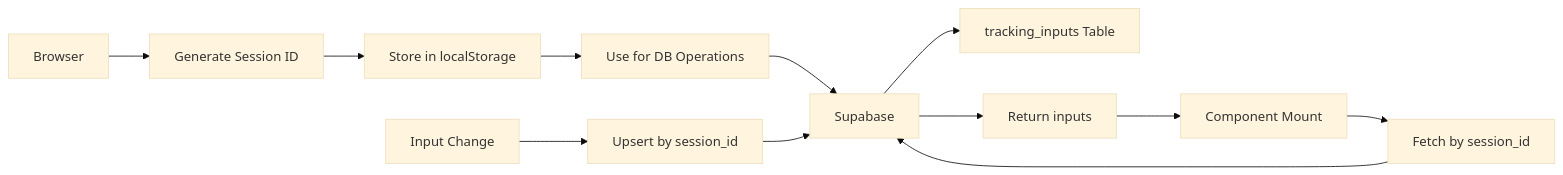
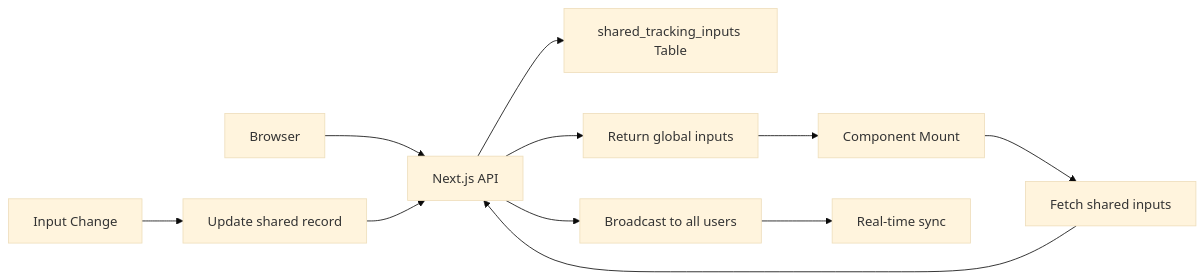
The second of 2 diagrams in docs/DATABASE.md (Garcat/my-tracker), drawn with Mermaid (base theme) before and after one commit. The commit also changed other lines of this file and 10 other files, not shown here.

````diff
--- a/docs/DATABASE.md
+++ b/docs/DATABASE.md
@@ -159,16 +144,15 @@
 ```mermaid
 flowchart LR
-    A[Browser] --> B[Generate Session ID]
-    B --> C[Store in localStorage]
-    C --> D[Use for DB Operations]
-    D --> E[Supabase]
-    E --> F[tracking_inputs Table]
-    
-    G[Component Mount] --> H[Fetch by session_id]
-    H --> E
-    E --> I[Return inputs]
-    I --> G
-    
-    J[Input Change] --> K[Upsert by session_id]
-    K --> E
+    A[Browser] --> B[Next.js API]
+    B --> C[shared_tracking_inputs Table]
+
+    D[Component Mount] --> E[Fetch shared inputs]
+    E --> B
+    B --> F[Return global inputs]
+    F --> D
+
+    G[Input Change] --> H[Update shared record]
+    H --> B
+    B --> I[Broadcast to all users]
+    I --> J[Real-time sync]
 ```
````
